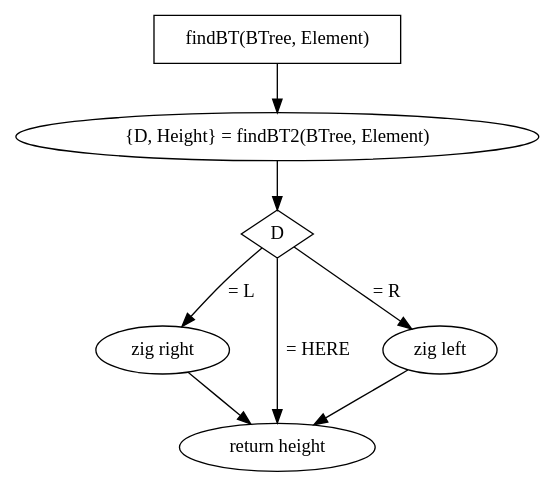
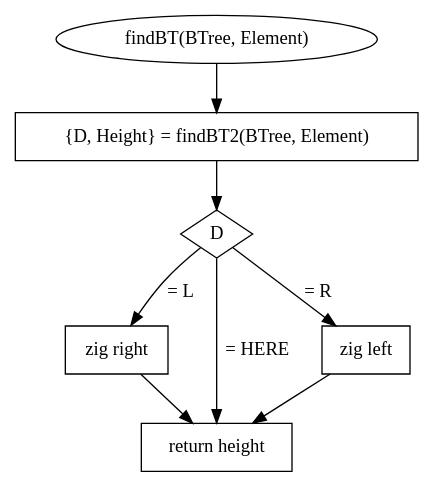
Before and after one commit to hugoppp-uni/Hausarbeit-Algorithmen-und-Datenstrukturen: the diagram in doc/graphviz/splayFind.gv, drawn with Graphviz. The commit also changed 6 other files, not shown here.

Commit message:
Graphviz: Improve layout and change shape to box

```diff
--- a/doc/graphviz/splayFind.gv
+++ b/doc/graphviz/splayFind.gv
@@ -1,17 +1,18 @@
 digraph G{
-find [label = "findBT(BTree, Element)" shape = box]
+node [shape = box];
+find [label = "findBT(BTree, Element)" shape = ellipse]
 find -> find2
 find2 [label = "{D, Height} = findBT2(BTree, Element)"]
 find2 -> a1
 a1 [label = "D" shape = diamond]
 a1 -> l[label = "= L"]
 a1 -> h [label = "= HERE"]
 a1 -> r[label = "= R"]
 
 l[label = "zig right"]
 h [label = "return height"]
 r[label = "zig left"]
 l -> h
 r -> h
 
 }
```
